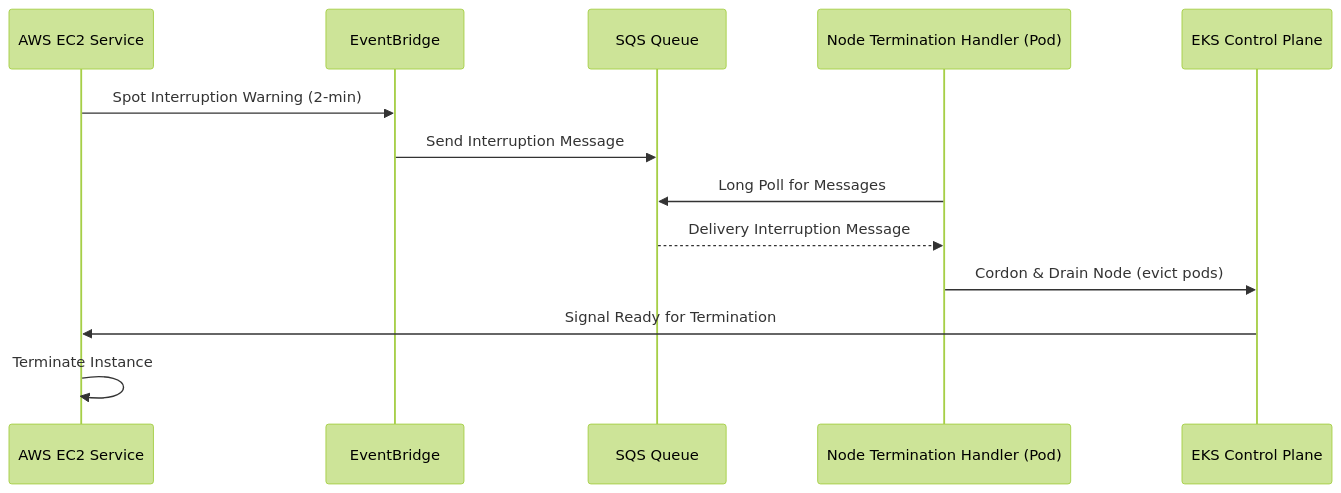
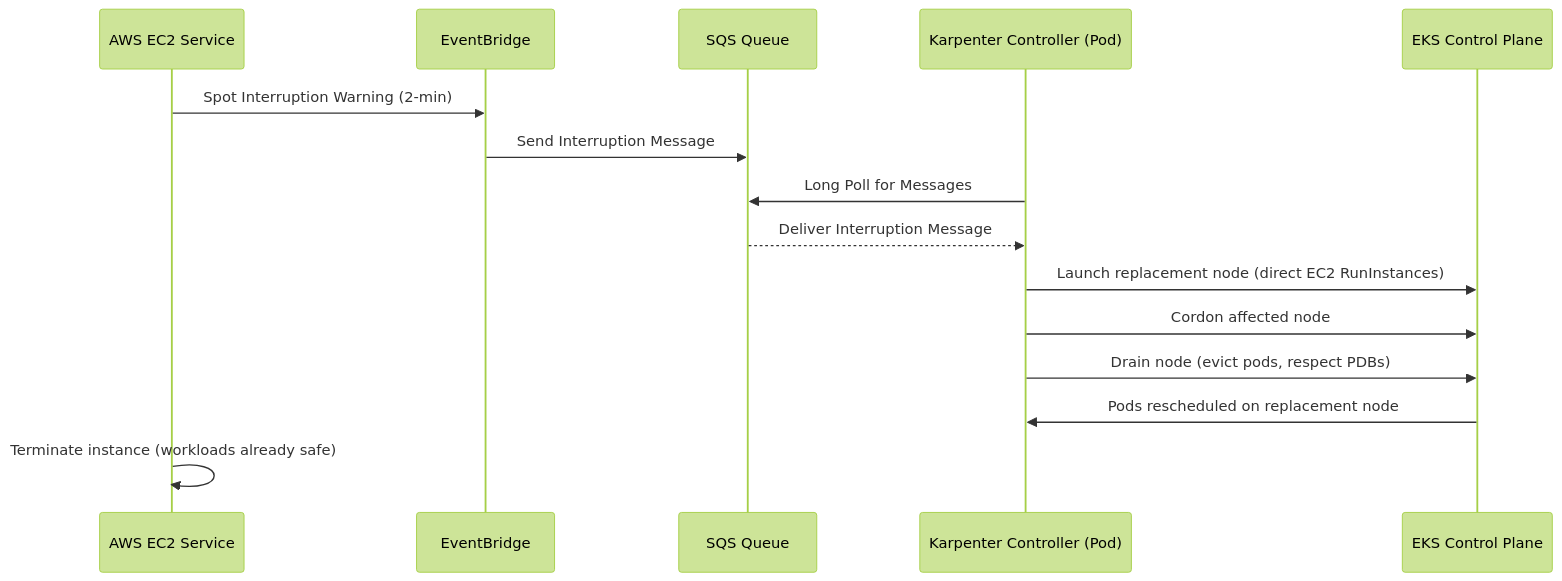
One commit to Iam-Karan-Suresh/retail-cloud-native-platform changed the diagram in terraform/ARCHITECTURE.md. Above: the diagram before and after it, drawn with Mermaid (forest theme). The commit also changed other lines of this file and 15 other files, not shown here.

Commit message:
feat: migrating from NTH to Karpenter and fixing the domain issue

````diff
--- a/terraform/ARCHITECTURE.md
+++ b/terraform/ARCHITECTURE.md
@@ -36,16 +62,18 @@
 ```mermaid
 sequenceDiagram
     participant AWS as AWS EC2 Service
     participant EB as EventBridge
     participant SQS as SQS Queue
-    participant NTH as Node Termination Handler (Pod)
+    participant KP as Karpenter Controller (Pod)
     participant K8S as EKS Control Plane
 
     AWS->>EB: Spot Interruption Warning (2-min)
     EB->>SQS: Send Interruption Message
-    NTH->>SQS: Long Poll for Messages
-    SQS-->>NTH: Delivery Interruption Message
-    NTH->>K8S: Cordon & Drain Node (evict pods)
-    K8S->>AWS: Signal Ready for Termination
-    AWS->>AWS: Terminate Instance
+    KP->>SQS: Long Poll for Messages
+    SQS-->>KP: Deliver Interruption Message
+    KP->>K8S: Launch replacement node (direct EC2 RunInstances)
+    KP->>K8S: Cordon affected node
+    KP->>K8S: Drain node (evict pods, respect PDBs)
+    K8S->>KP: Pods rescheduled on replacement node
+    AWS->>AWS: Terminate instance (workloads already safe)
 ```
````
